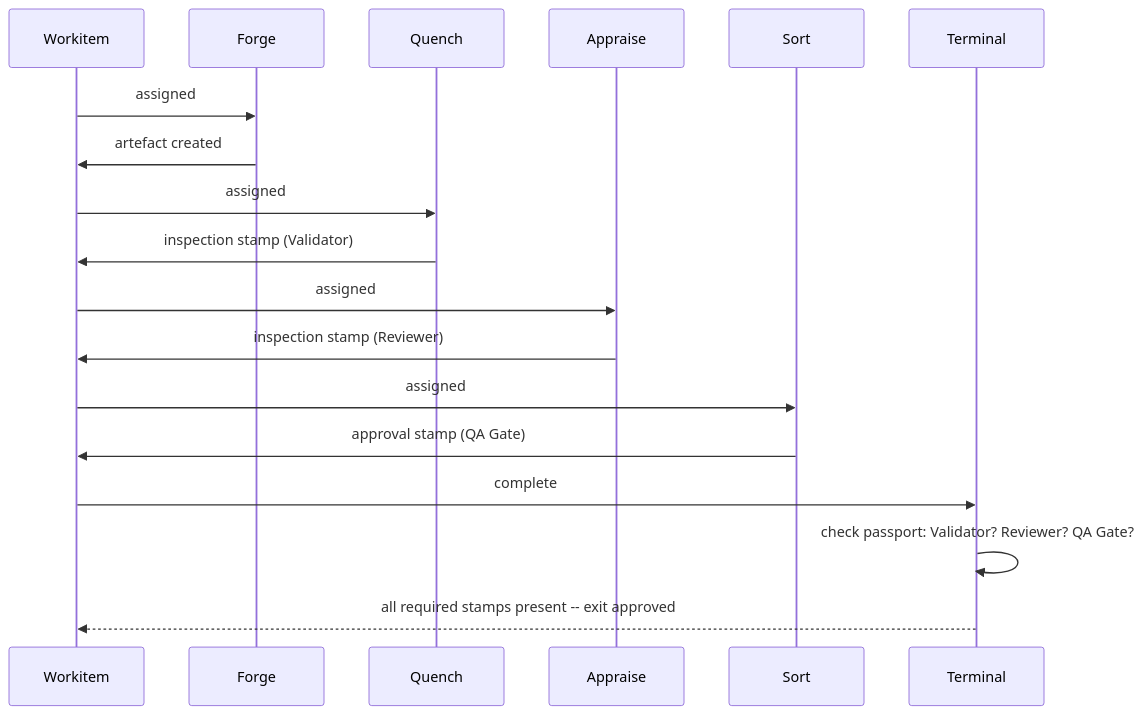
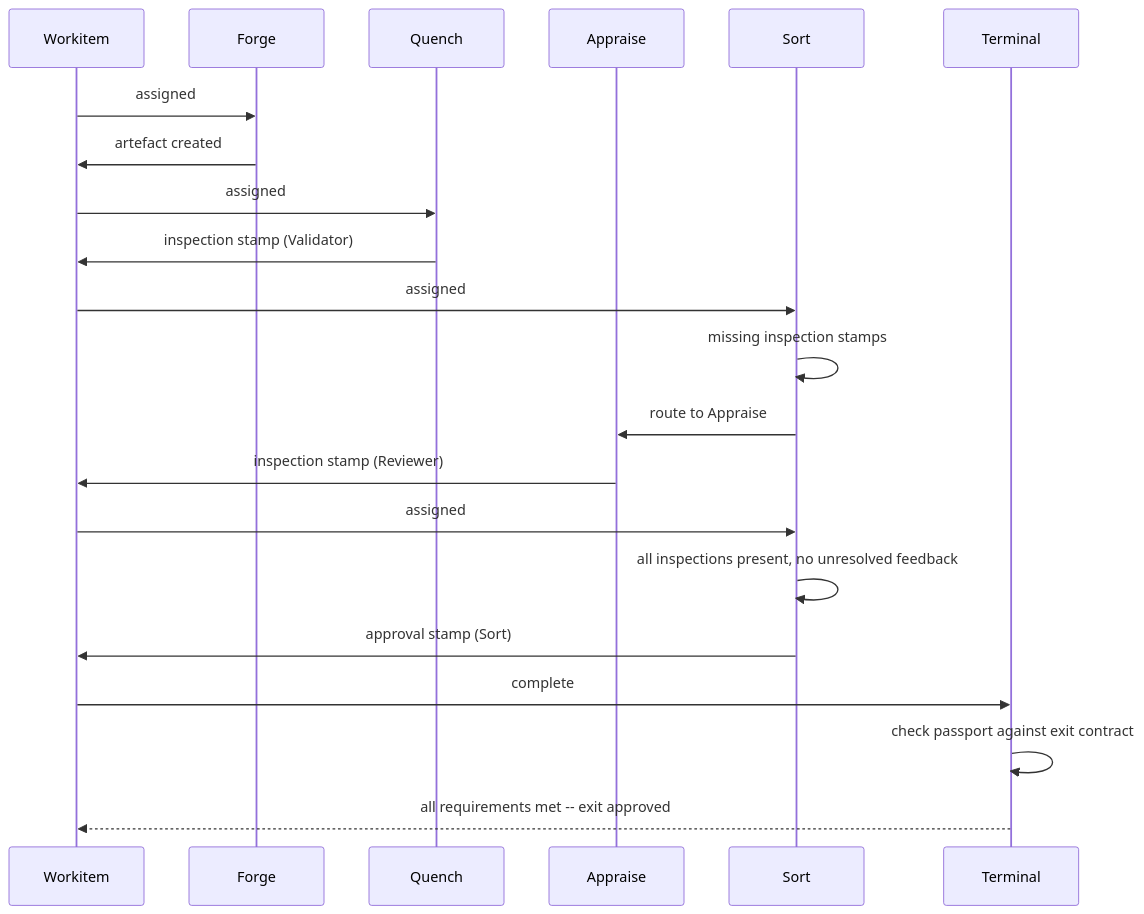
Before and after one commit to really-knows-ai/gideas: the third of 4 diagrams in 01-concepts/00-overview.md, drawn with Mermaid. The commit also changed other lines of this file, not shown here.

Commit message:
Add foundational principles to the overview of Foundry Flow

````diff
--- a/01-concepts/00-overview.md
+++ b/01-concepts/00-overview.md
@@ -153,21 +168,24 @@
 ```mermaid
 sequenceDiagram
     participant W as Workitem
     participant F as Forge
     participant Q as Quench
     participant A as Appraise
     participant S as Sort
     participant T as Terminal
 
     W->>F: assigned
     F->>W: artefact created
     W->>Q: assigned
     Q->>W: inspection stamp (Validator)
-    W->>A: assigned
+    W->>S: assigned
+    S->>S: missing inspection stamps
+    S->>A: route to Appraise
     A->>W: inspection stamp (Reviewer)
     W->>S: assigned
-    S->>W: approval stamp (QA Gate)
+    S->>S: all inspections present, no unresolved feedback
+    S->>W: approval stamp (Sort)
     W->>T: complete
-    T->>T: check passport: Validator? Reviewer? QA Gate?
-    T-->>W: all required stamps present -- exit approved
+    T->>T: check passport against exit contract
+    T-->>W: all requirements met -- exit approved
 ```
````
